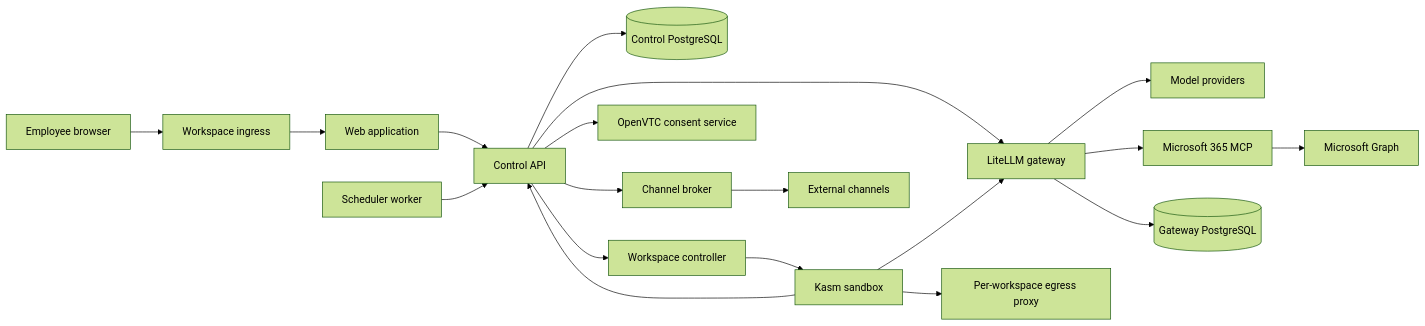
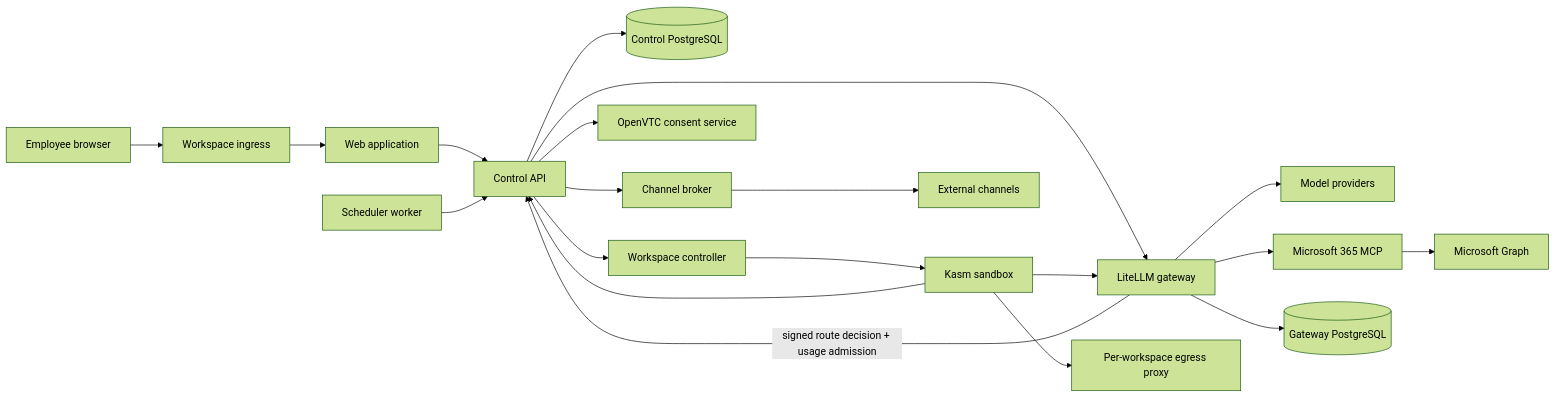
The diagram in README.md (ONE-Computer/LemmaComputer), drawn with Mermaid (forest theme) before and after one commit. The commit also changed other lines of this file and 14 other files, not shown here.

Commit message:
docs: refresh AI governance architecture

````diff
--- a/README.md
+++ b/README.md
@@ -22,24 +32,25 @@
 ```mermaid
 flowchart LR
   Employee["Employee browser"] --> Ingress["Workspace ingress"]
   Ingress --> Web["Web application"]
   Web --> Control["Control API"]
 
   Control --> Store[("Control PostgreSQL")]
   Control --> Controller["Workspace controller"]
   Controller --> Sandbox["Kasm sandbox"]
   Control --> Consent["OpenVTC consent service"]
   Control --> Gateway["LiteLLM gateway"]
+  Gateway -->|"signed route decision + usage admission"| Control
   Control --> Broker["Channel broker"]
   Scheduler["Scheduler worker"] --> Control
 
   Sandbox --> Gateway
   Sandbox --> Control
   Sandbox --> Egress["Per-workspace egress proxy"]
   Gateway --> Models["Model providers"]
   Gateway --> M365["Microsoft 365 MCP"]
   M365 --> Graph["Microsoft Graph"]
   Broker --> Channels["External channels"]
 
   Gateway --> GatewayStore[("Gateway PostgreSQL")]
 ```
````
